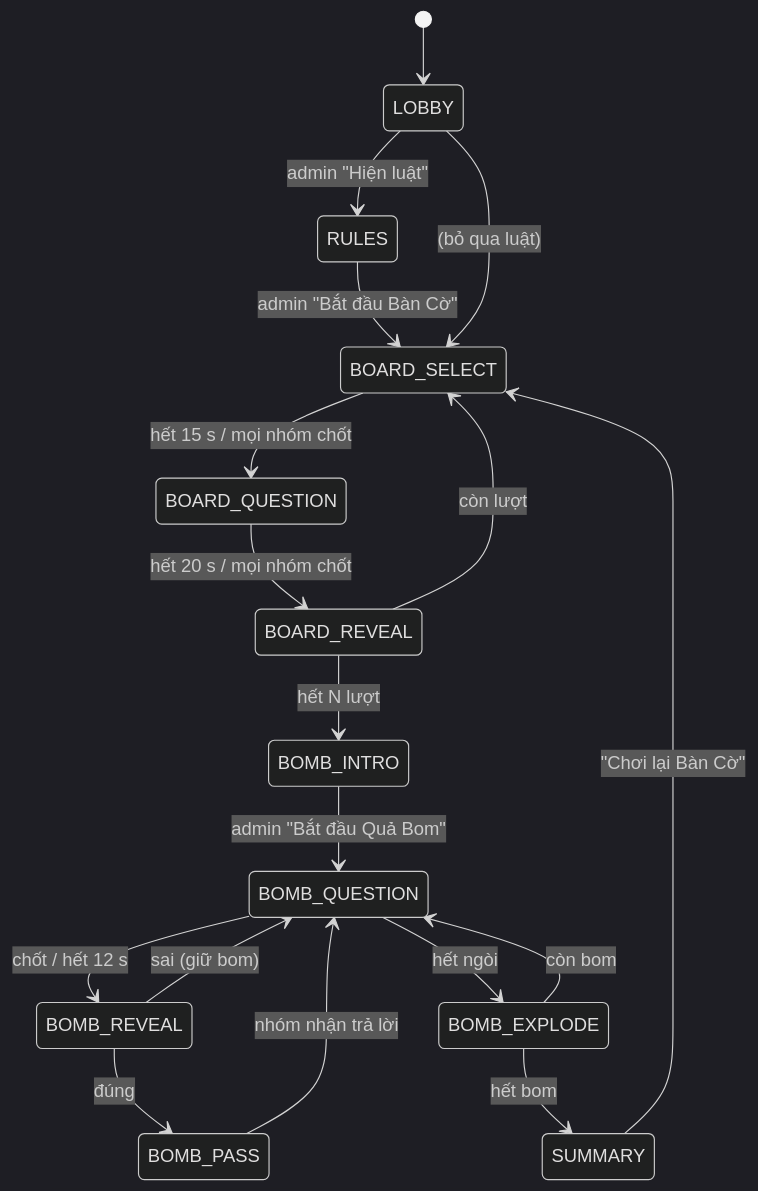
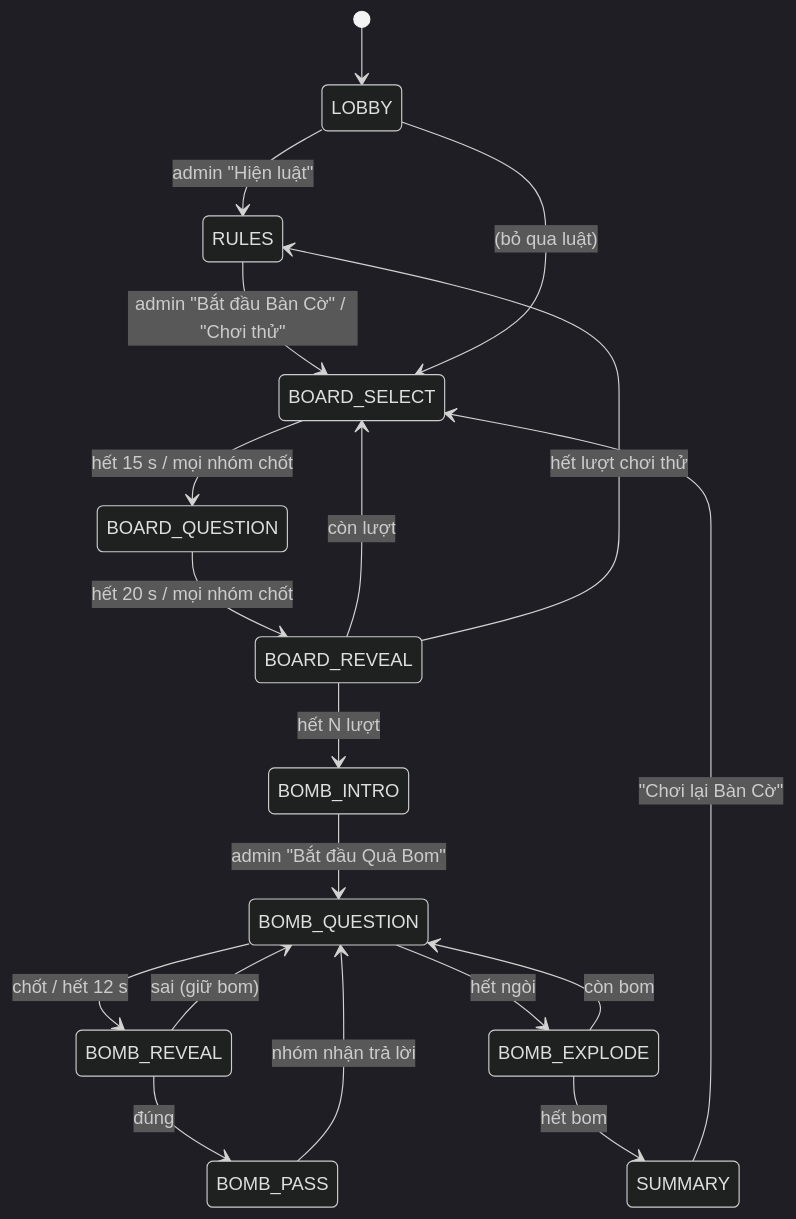
The second of 2 diagrams in README.md (leonardotrong/CNXH_GAME_4), drawn with Mermaid (dark theme) before and after one commit. The commit also changed other lines of this file and 64 other files, not shown here.

First line of the commit message:
Màn luật có bản đồ minh họa; chơi thử 2 lượt; nhóm trưởng đặt tên là số nhóm

````diff
--- a/README.md
+++ b/README.md
@@ -336,20 +348,21 @@
 ```mermaid
 stateDiagram-v2
   [*] --> LOBBY
   LOBBY --> RULES: admin "Hiện luật"
-  RULES --> BOARD_SELECT: admin "Bắt đầu Bàn Cờ"
+  RULES --> BOARD_SELECT: admin "Bắt đầu Bàn Cờ" / "Chơi thử"
   LOBBY --> BOARD_SELECT: (bỏ qua luật)
   BOARD_SELECT --> BOARD_QUESTION: hết 15 s / mọi nhóm chốt
   BOARD_QUESTION --> BOARD_REVEAL: hết 20 s / mọi nhóm chốt
   BOARD_REVEAL --> BOARD_SELECT: còn lượt
   BOARD_REVEAL --> BOMB_INTRO: hết N lượt
+  BOARD_REVEAL --> RULES: hết lượt chơi thử
   BOMB_INTRO --> BOMB_QUESTION: admin "Bắt đầu Quả Bom"
   BOMB_QUESTION --> BOMB_REVEAL: chốt / hết 12 s
   BOMB_QUESTION --> BOMB_EXPLODE: hết ngòi
   BOMB_REVEAL --> BOMB_PASS: đúng
   BOMB_REVEAL --> BOMB_QUESTION: sai (giữ bom)
   BOMB_PASS --> BOMB_QUESTION: nhóm nhận trả lời
   BOMB_EXPLODE --> BOMB_QUESTION: còn bom
   BOMB_EXPLODE --> SUMMARY: hết bom
   SUMMARY --> BOARD_SELECT: "Chơi lại Bàn Cờ"
 ```
````
